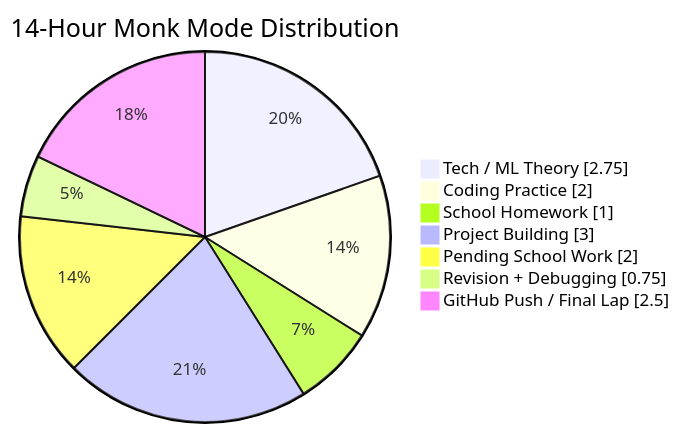
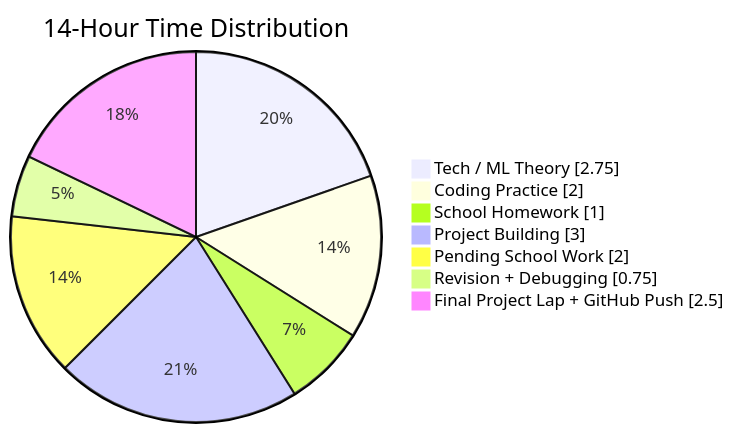
Before and after one commit to Boosterboy12/Monk-Mode-14: the first of 3 diagrams in README.md, drawn with Mermaid. The commit also changed other lines of this file, not shown here.

````diff
--- a/README.md
+++ b/README.md
@@ -100,11 +216,11 @@
 ```mermaid
 pie showData
-    title 14-Hour Monk Mode Distribution
+    title 14-Hour Time Distribution
     "Tech / ML Theory" : 2.75
     "Coding Practice" : 2
     "School Homework" : 1
     "Project Building" : 3
     "Pending School Work" : 2
     "Revision + Debugging" : 0.75
-    "GitHub Push / Final Lap" : 2.5
+    "Final Project Lap + GitHub Push" : 2.5
 ```
````
